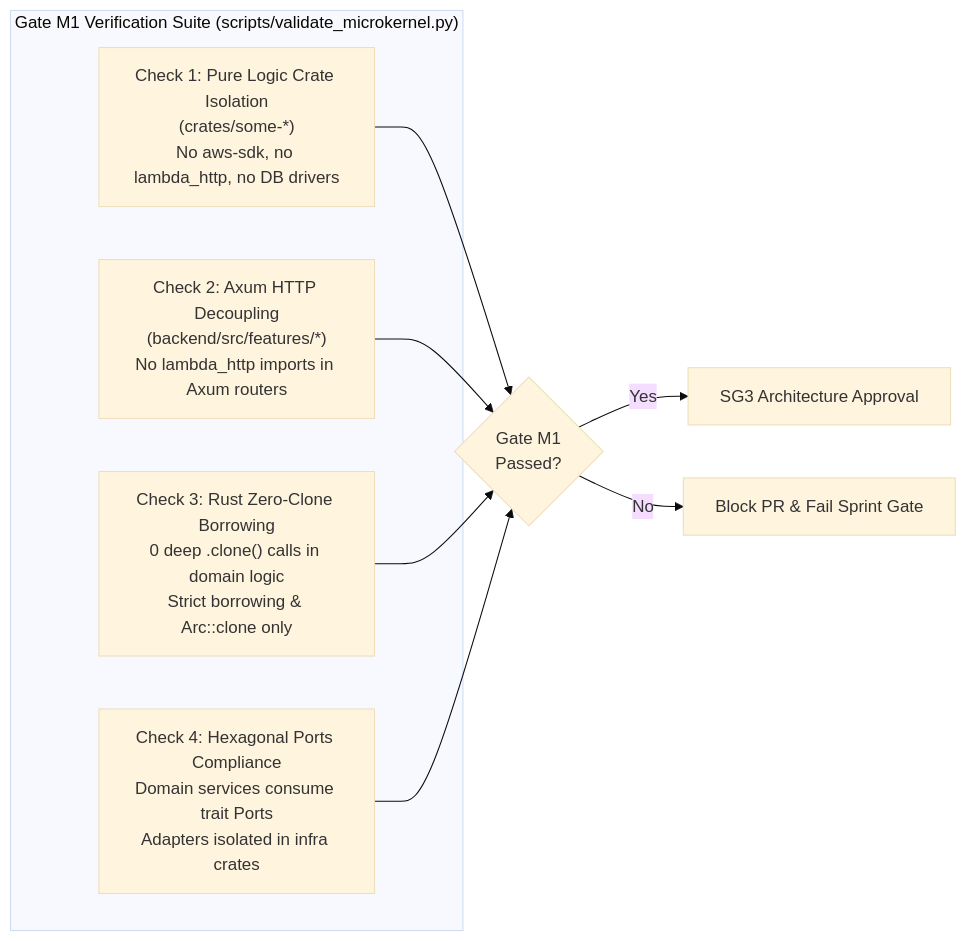
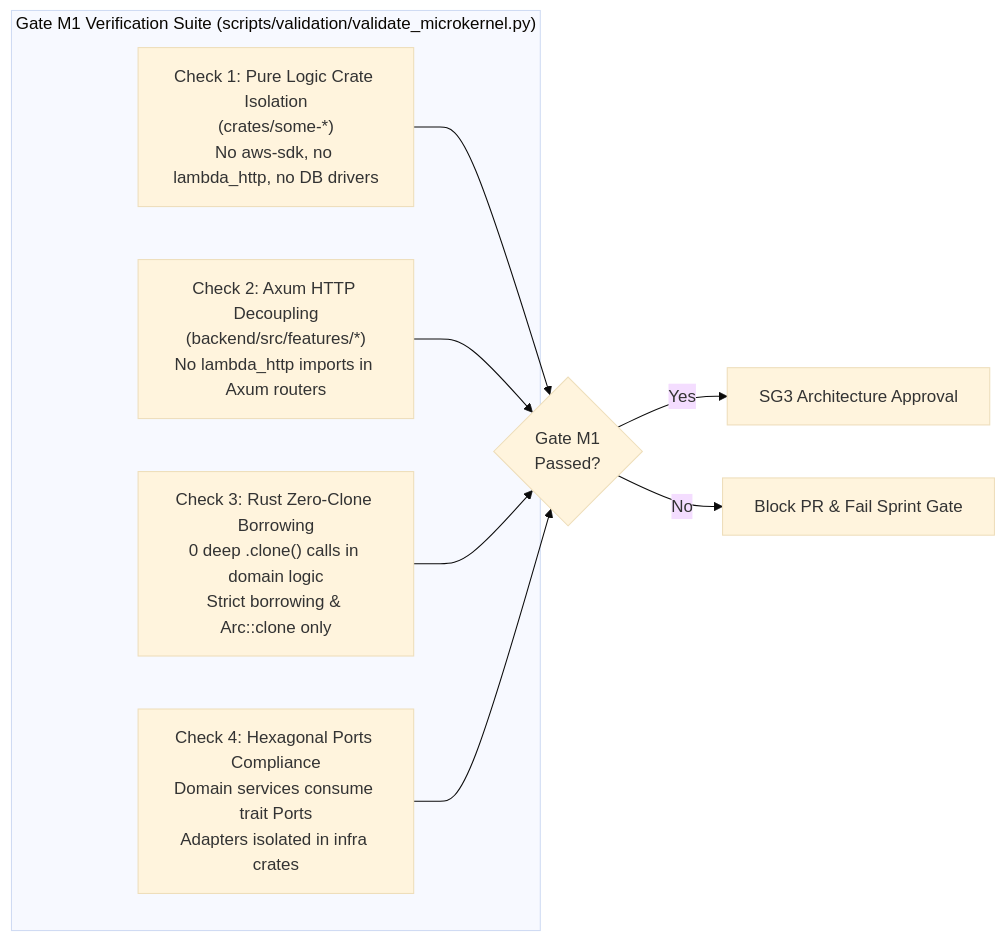
The first of 3 diagrams in docs/QUALITY_GATES.md (maheraladdin/some-commerce), drawn with Mermaid (base theme) before and after one commit. The commit also changed other lines of this file and 19 other files, not shown here.

Commit message:
docs(sprints): synchronize documentation, quality gates, and 12-sprint implementation roadmaps

````diff
--- a/docs/QUALITY_GATES.md
+++ b/docs/QUALITY_GATES.md
@@ -57,17 +58,17 @@
 ```mermaid
 flowchart LR
-    subgraph "Gate M1 Verification Suite (scripts/validate_microkernel.py)"
+    subgraph "Gate M1 Verification Suite (scripts/validation/validate_microkernel.py)"
         M1_A["Check 1: Pure Logic Crate Isolation<br/>(crates/some-*)<br/>No aws-sdk, no lambda_http, no DB drivers"]
         M1_B["Check 2: Axum HTTP Decoupling<br/>(backend/src/features/*)<br/>No lambda_http imports in Axum routers"]
         M1_C["Check 3: Rust Zero-Clone Borrowing<br/>0 deep .clone() calls in domain logic<br/>Strict borrowing & Arc::clone only"]
         M1_D["Check 4: Hexagonal Ports Compliance<br/>Domain services consume trait Ports<br/>Adapters isolated in infra crates"]
     end
 
     M1_A --> PASS{"Gate M1<br/>Passed?"}
     M1_B --> PASS
     M1_C --> PASS
     M1_D --> PASS
 
     PASS -->|Yes| SG3_PASS["SG3 Architecture Approval"]
     PASS -->|No| REJECT["Block PR & Fail Sprint Gate"]
 ```
````
